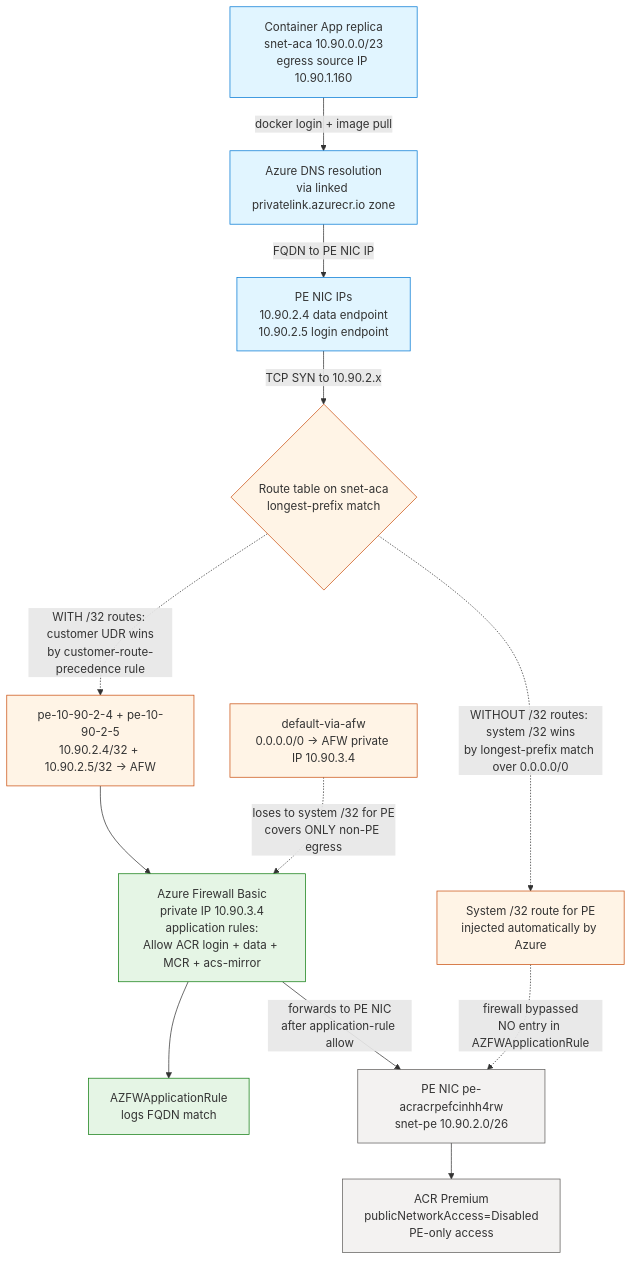
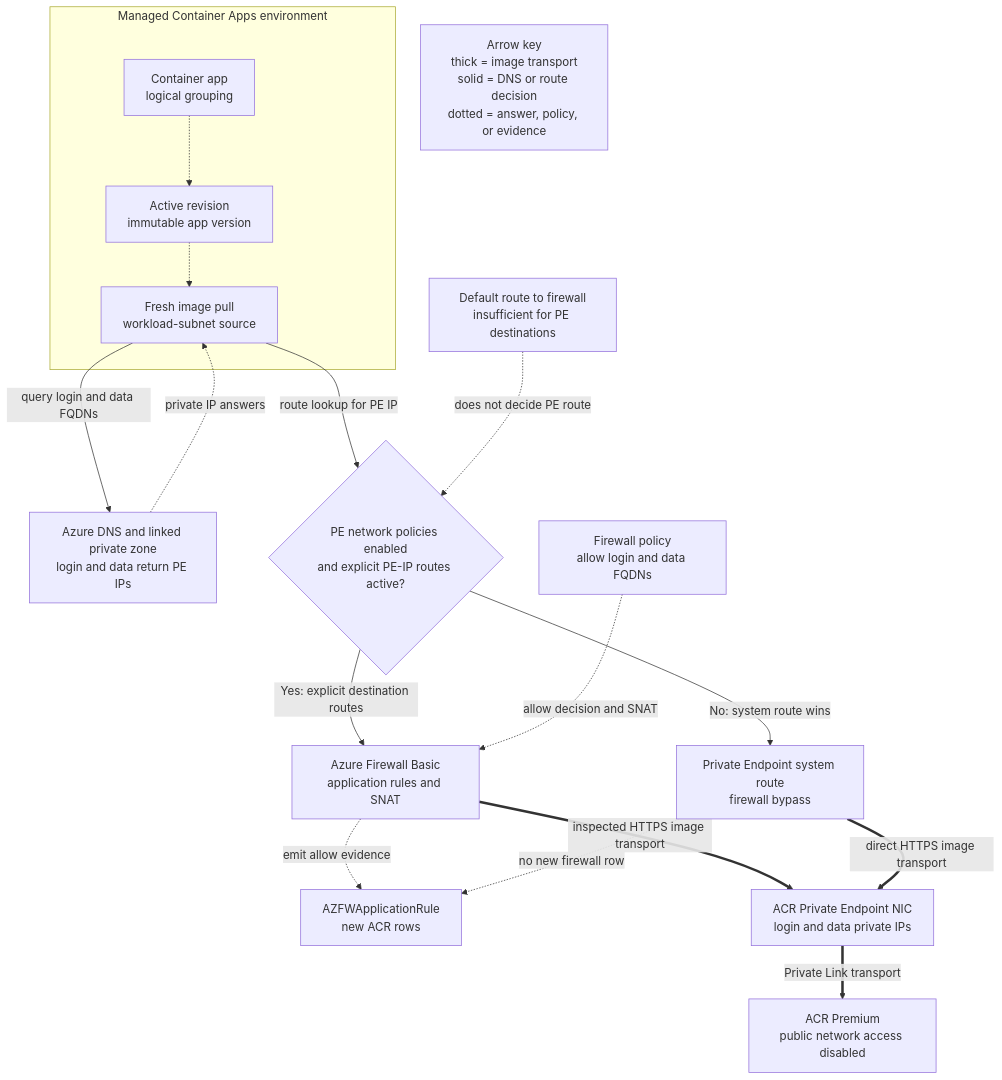
The diagram in docs/troubleshooting/lab-guides/acr-network-path-pe-forced-inspection.md (yeongseon/azure-container-apps-practical-guide), drawn with Mermaid before and after one commit. The commit also changed other lines of this file and 6 other files, not shown here.

First line of the commit message:
docs(diagrams): migrate the ACR network path diagrams (#608)

````diff
--- a/docs/troubleshooting/lab-guides/acr-network-path-pe-forced-inspection.md
+++ b/docs/troubleshooting/lab-guides/acr-network-path-pe-forced-inspection.md
@@ -89,41 +90,38 @@
 ```mermaid
 flowchart TD
-    REPLICA[Container App replica<br/>snet-aca 10.90.0.0/23<br/>egress source IP 10.90.1.160]
-    DNS[Azure DNS resolution<br/>via linked privatelink.azurecr.io zone]
-    PEIPS[PE NIC IPs<br/>10.90.2.4 data endpoint<br/>10.90.2.5 login endpoint]
-    RTABLE{Route table on snet-aca<br/>longest-prefix match}
-    UDR_DEFAULT[default-via-afw<br/>0.0.0.0/0 -> AFW private IP 10.90.3.4]
-    UDR_PE_PRESENT[pe-10-90-2-4 + pe-10-90-2-5<br/>10.90.2.4/32 + 10.90.2.5/32 -> AFW]
-    SYSTEM_PE[System /32 route for PE<br/>injected automatically by Azure]
-    AFW[Azure Firewall Basic<br/>private IP 10.90.3.4<br/>application rules:<br/>Allow ACR login + data + MCR + acs-mirror]
-    AZFW_LOG[AZFWApplicationRule<br/>logs FQDN match]
-    PE[PE NIC pe-acracrpefcinhh4rw<br/>snet-pe 10.90.2.0/26]
-    ACR[ACR Premium<br/>publicNetworkAccess=Disabled<br/>PE-only access]
+    accTitle: Path C route decision for inspected or bypassed ACR Private Endpoint transport
+    accDescr: ACR names resolve privately in every state. The route decision asks whether private endpoint network policies and explicit destination routes for both private endpoint NIC IPs are active. If yes, image transport crosses Azure Firewall and produces application-rule evidence. If no, the private endpoint system route bypasses the firewall while the pull still succeeds.
 
-    REPLICA -->|docker login + image pull| DNS
-    DNS -->|FQDN to PE NIC IP| PEIPS
-    PEIPS -->|TCP SYN to 10.90.2.x| RTABLE
+    subgraph ENV["Managed Container Apps environment"]
+        APP["Container app<br/>logical grouping"]
+        REV_ACTIVE["Active revision<br/>immutable app version"]
+        PULL["Fresh image pull<br/>workload-subnet source"]
+        APP -.-> REV_ACTIVE
+        REV_ACTIVE -.-> PULL
+    end
 
-    RTABLE -.->|WITH /32 routes: customer UDR wins<br/>by customer-route-precedence rule| UDR_PE_PRESENT
-    RTABLE -.->|WITHOUT /32 routes: system /32 wins<br/>by longest-prefix match over 0.0.0.0/0| SYSTEM_PE
+    DNS["Azure DNS and linked private zone<br/>login and data return PE IPs"]
+    ROUTE{"PE network policies enabled<br/>and explicit PE-IP routes active?"}
+    DEFAULT["Default route to firewall<br/>insufficient for PE destinations"]
+    FW["Azure Firewall Basic<br/>application rules and SNAT"]
+    POLICY["Firewall policy<br/>allow login and data FQDNs"]
+    LOGS["AZFWApplicationRule<br/>new ACR rows"]
+    SYSTEM["Private Endpoint system route<br/>firewall bypass"]
+    PE["ACR Private Endpoint NIC<br/>login and data private IPs"]
+    ACR["ACR Premium<br/>public network access disabled"]
 
-    UDR_PE_PRESENT --> AFW
-    AFW --> AZFW_LOG
-    AFW -->|forwards to PE NIC<br/>after application-rule allow| PE
-    SYSTEM_PE -.->|firewall bypassed<br/>NO entry in AZFWApplicationRule| PE
+    PULL -->|query login and data FQDNs| DNS
+    DNS -.->|private IP answers| PULL
+    PULL -->|route lookup for PE IP| ROUTE
+    DEFAULT -.->|does not decide PE route| ROUTE
+    ROUTE -->|Yes: explicit destination routes| FW
+    POLICY -.->|allow decision and SNAT| FW
+    FW ==>|inspected HTTPS image transport| PE
+    FW -.->|emit allow evidence| LOGS
+    ROUTE -->|No: system route wins| SYSTEM
+    SYSTEM ==>|direct HTTPS image transport| PE
+    SYSTEM -.->|no new firewall row| LOGS
+    PE ==>|Private Link transport| ACR
 
-    PE --> ACR
-
-    UDR_DEFAULT -.->|loses to system /32 for PE<br/>covers ONLY non-PE egress| AFW
-
-    classDef workload fill:#e1f5ff,stroke:#0078d4
-    classDef routing fill:#fff4e6,stroke:#ca5010
-    classDef inspect fill:#e5f5e5,stroke:#107c10
-    classDef bypass fill:#fde7e9,stroke:#a4262c
-    classDef registry fill:#f3f2f1,stroke:#605e5c
-
-    class REPLICA,DNS,PEIPS workload
-    class RTABLE,UDR_DEFAULT,UDR_PE_PRESENT,SYSTEM_PE routing
-    class AFW,AZFW_LOG inspect
-    class PE,ACR registry
+    LEGEND["Arrow key<br/>thick = image transport<br/>solid = DNS or route decision<br/>dotted = answer, policy, or evidence"]
 ```
````
